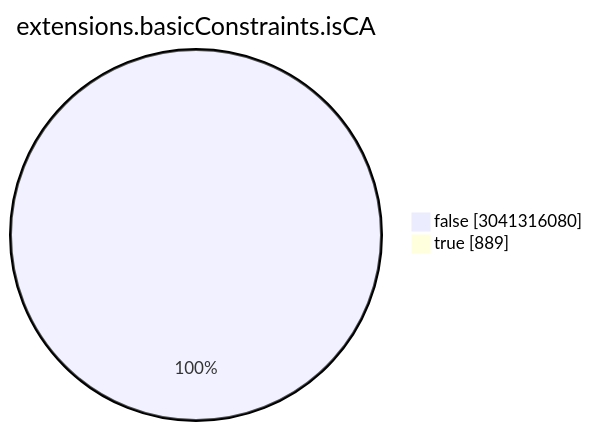
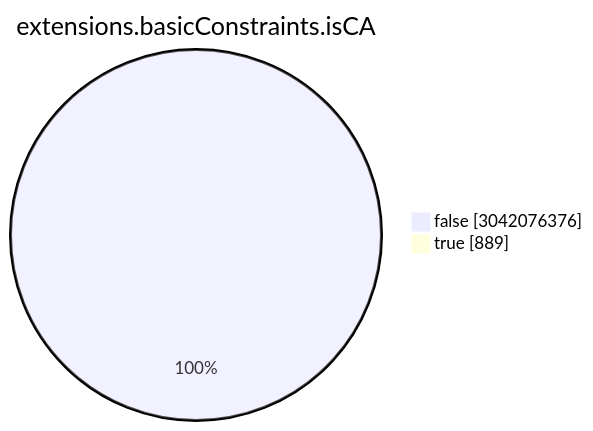
The seventh of 15 diagrams in TOTAL/README.md (christiankrug/ctmonitor_visualization), drawn with Mermaid before and after one commit. The commit also changed other lines of this file, not shown here.

````diff
--- a/TOTAL/README.md
+++ b/TOTAL/README.md
@@ -3086,6 +3086,6 @@
 ```mermaid
 pie showData
 title extensions.basicConstraints.isCA
-"false" :3041316080
+"false" :3042076376
 "true" :889
 ```
````
